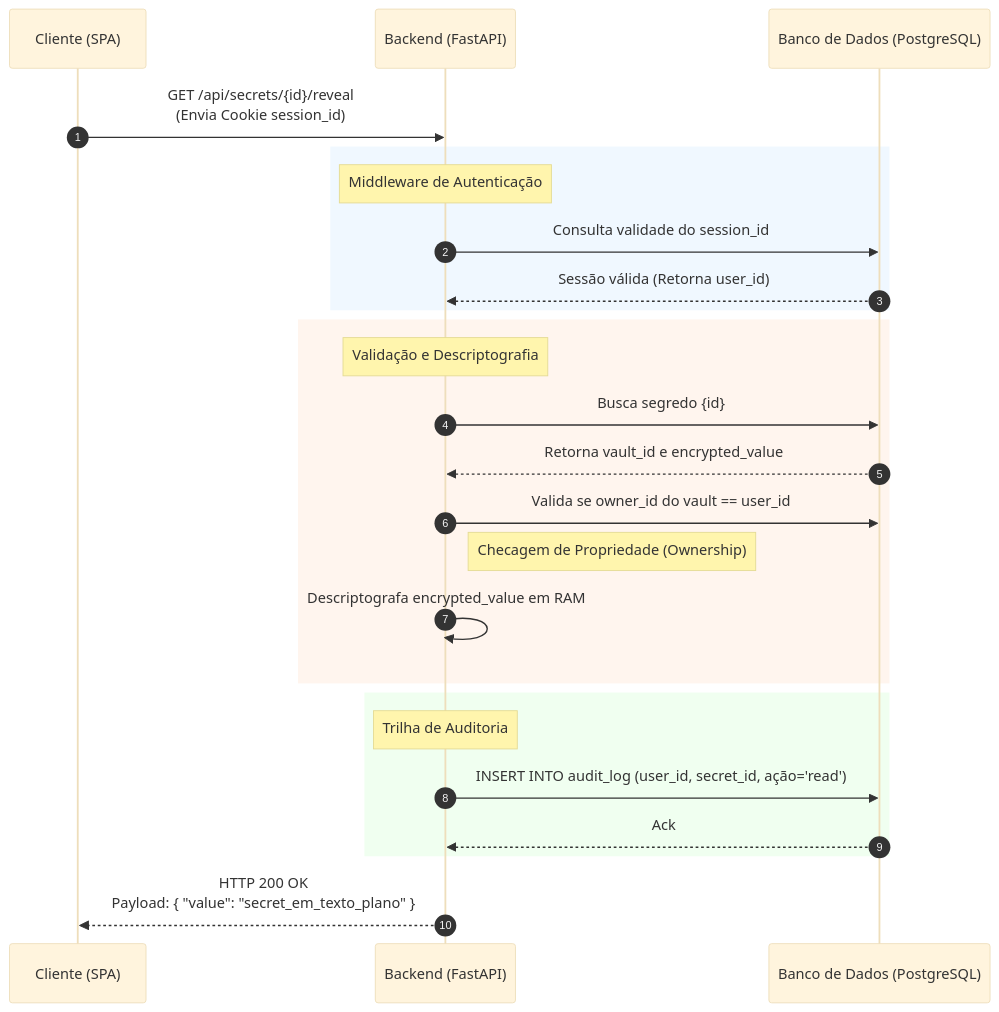
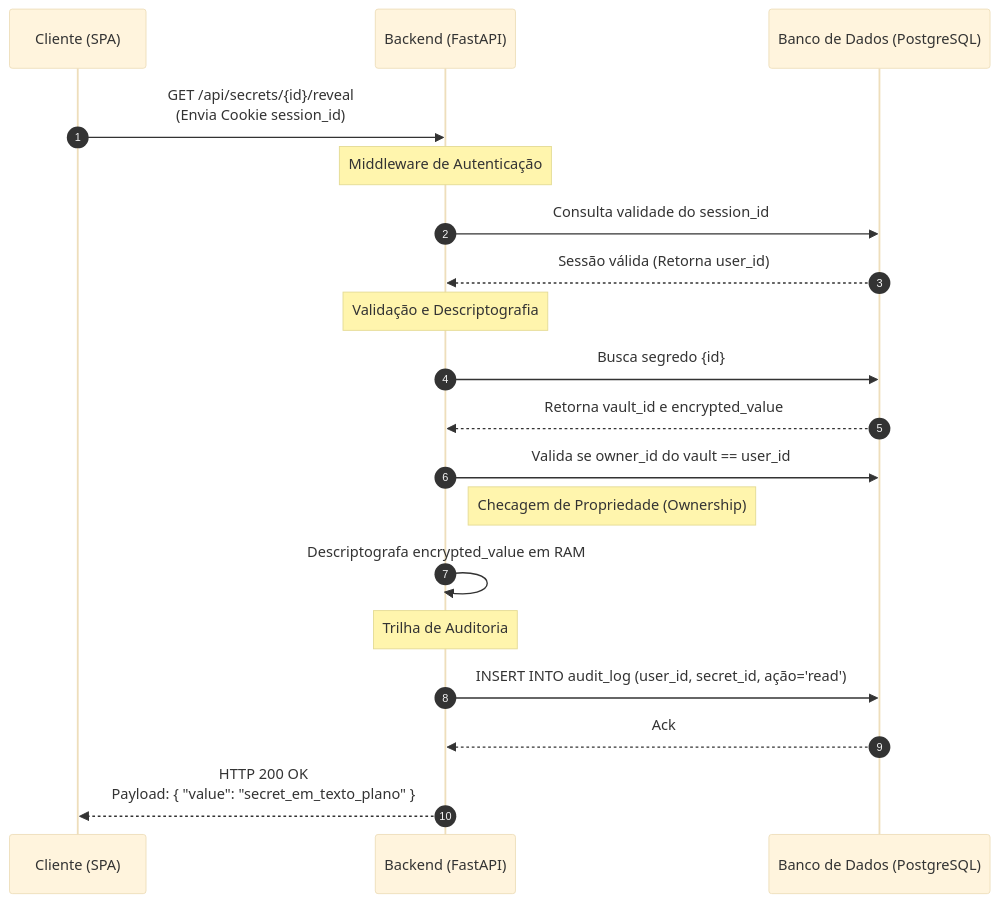
The second of 2 diagrams in docs/arquitetura.md (conviso-academy/web-keyring), drawn with Mermaid (base theme) before and after one commit. The commit also changed other lines of this file, not shown here.

Commit message:
Mudança de cores para possivel melhor contraste - v1

````diff
--- a/docs/arquitetura.md
+++ b/docs/arquitetura.md
@@ -106,32 +99,26 @@
 ```mermaid
 sequenceDiagram
     autonumber
     participant Browser as Cliente (SPA)
     participant API as Backend (FastAPI)
     participant DB as Banco de Dados (PostgreSQL)
 
     Browser->>API: GET /api/secrets/{id}/reveal<br>(Envia Cookie session_id)
     
-    rect rgb(240, 248, 255)
-        Note over API: Middleware de Autenticação
-        API->>DB: Consulta validade do session_id
-        DB-->>API: Sessão válida (Retorna user_id)
-    end
+    Note over API: Middleware de Autenticação
+    API->>DB: Consulta validade do session_id
+    DB-->>API: Sessão válida (Retorna user_id)
     
-    rect rgb(255, 245, 238)
-        Note over API: Validação e Descriptografia
-        API->>DB: Busca segredo {id}
-        DB-->>API: Retorna vault_id e encrypted_value
-        API->>DB: Valida se owner_id do vault == user_id
-        Note right of API: Checagem de Propriedade (Ownership)
-        API->>API: Descriptografa encrypted_value em RAM
-    end
+    Note over API: Validação e Descriptografia
+    API->>DB: Busca segredo {id}
+    DB-->>API: Retorna vault_id e encrypted_value
+    API->>DB: Valida se owner_id do vault == user_id
+    Note right of API: Checagem de Propriedade (Ownership)
+    API->>API: Descriptografa encrypted_value em RAM
     
-    rect rgb(240, 255, 240)
-        Note over API: Trilha de Auditoria
-        API->>DB: INSERT INTO audit_log (user_id, secret_id, ação='read')
-        DB-->>API: Ack
-    end
+    Note over API: Trilha de Auditoria
+    API->>DB: INSERT INTO audit_log (user_id, secret_id, ação='read')
+    DB-->>API: Ack
     
     API-->>Browser: HTTP 200 OK<br>Payload: { "value": "secret_em_texto_plano" }
 ```
````
